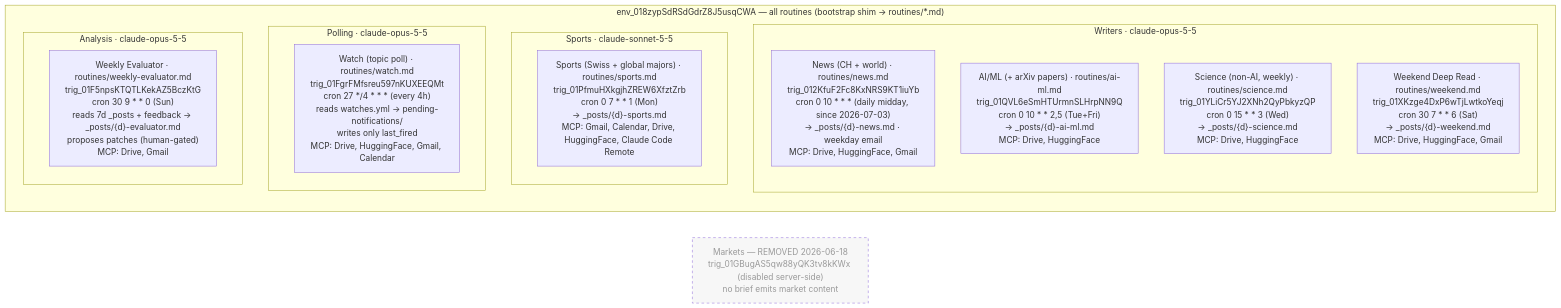
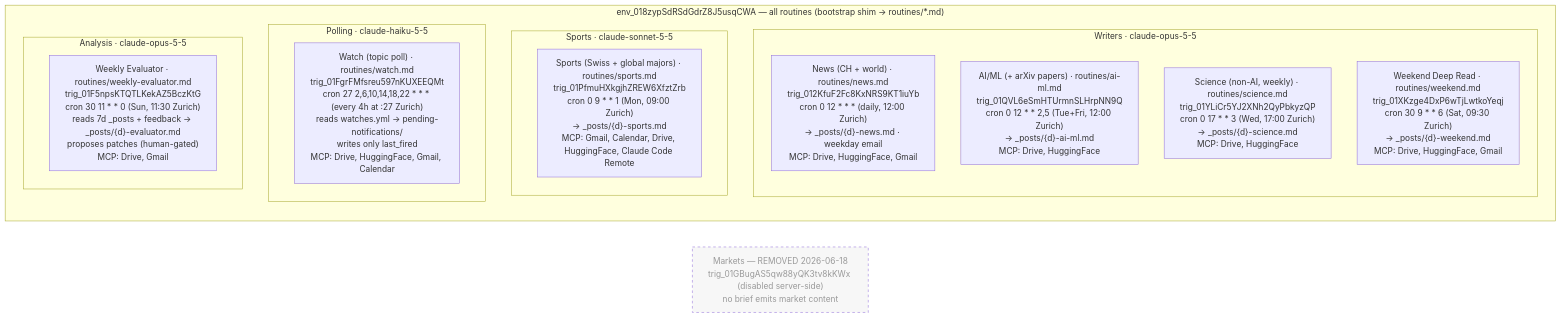
The diagram in diagrams/02-routines-and-schedules.md (khalic-lab/claude-routines), drawn with Mermaid before and after one commit. The commit also changed other lines of this file and 6 other files, not shown here.

First line of the commit message:
Watch on Claude Haiku 5.5; price table checked against the 2026-11-28 pricing page

````diff
--- a/diagrams/02-routines-and-schedules.md
+++ b/diagrams/02-routines-and-schedules.md
@@ -8,26 +9,26 @@
 ```mermaid
 flowchart LR
   subgraph env["env_018zypSdRSdGdrZ8J5usqCWA — all routines (bootstrap shim → routines/*.md)"]
     direction TB
     subgraph writers["Writers · claude-opus-5-5"]
       direction TB
-      NW["News (CH + world) · routines/news.md<br/>trig_012KfuF2Fc8KxNRS9KT1iuYb<br/>cron 0 10 * * * (daily midday, since 2026-07-03)<br/>→ _posts/{d}-news.md · weekday email<br/>MCP: Drive, HuggingFace, Gmail"]
-      AM["AI/ML (+ arXiv papers) · routines/ai-ml.md<br/>trig_01QVL6eSmHTUrmnSLHrpNN9Q<br/>cron 0 10 * * 2,5 (Tue+Fri)<br/>→ _posts/{d}-ai-ml.md<br/>MCP: Drive, HuggingFace"]
-      SC["Science (non-AI, weekly) · routines/science.md<br/>trig_01YLiCr5YJ2XNh2QyPbkyzQP<br/>cron 0 15 * * 3 (Wed)<br/>→ _posts/{d}-science.md<br/>MCP: Drive, HuggingFace"]
-      WK["Weekend Deep Read · routines/weekend.md<br/>trig_01XKzge4DxP6wTjLwtkoYeqj<br/>cron 30 7 * * 6 (Sat)<br/>→ _posts/{d}-weekend.md<br/>MCP: Drive, HuggingFace, Gmail"]
+      NW["News (CH + world) · routines/news.md<br/>trig_012KfuF2Fc8KxNRS9KT1iuYb<br/>cron 0 12 * * * (daily, 12:00 Zurich)<br/>→ _posts/{d}-news.md · weekday email<br/>MCP: Drive, HuggingFace, Gmail"]
+      AM["AI/ML (+ arXiv papers) · routines/ai-ml.md<br/>trig_01QVL6eSmHTUrmnSLHrpNN9Q<br/>cron 0 12 * * 2,5 (Tue+Fri, 12:00 Zurich)<br/>→ _posts/{d}-ai-ml.md<br/>MCP: Drive, HuggingFace"]
+      SC["Science (non-AI, weekly) · routines/science.md<br/>trig_01YLiCr5YJ2XNh2QyPbkyzQP<br/>cron 0 17 * * 3 (Wed, 17:00 Zurich)<br/>→ _posts/{d}-science.md<br/>MCP: Drive, HuggingFace"]
+      WK["Weekend Deep Read · routines/weekend.md<br/>trig_01XKzge4DxP6wTjLwtkoYeqj<br/>cron 30 9 * * 6 (Sat, 09:30 Zurich)<br/>→ _posts/{d}-weekend.md<br/>MCP: Drive, HuggingFace, Gmail"]
     end
     subgraph sports["Sports · claude-sonnet-5-5"]
-      SP["Sports (Swiss + global majors) · routines/sports.md<br/>trig_01PfmuHXkgjhZREW6XfztZrb<br/>cron 0 7 * * 1 (Mon)<br/>→ _posts/{d}-sports.md<br/>MCP: Gmail, Calendar, Drive, HuggingFace, Claude Code Remote"]
+      SP["Sports (Swiss + global majors) · routines/sports.md<br/>trig_01PfmuHXkgjhZREW6XfztZrb<br/>cron 0 9 * * 1 (Mon, 09:00 Zurich)<br/>→ _posts/{d}-sports.md<br/>MCP: Gmail, Calendar, Drive, HuggingFace, Claude Code Remote"]
     end
-    subgraph poll["Polling · claude-opus-5-5"]
-      WT["Watch (topic poll) · routines/watch.md<br/>trig_01FgrFMfsreu597nKUXEEQMt<br/>cron 27 */4 * * * (every 4h)<br/>reads watches.yml → pending-notifications/<br/>writes only last_fired<br/>MCP: Drive, HuggingFace, Gmail, Calendar"]
+    subgraph poll["Polling · claude-haiku-5-5"]
+      WT["Watch (topic poll) · routines/watch.md<br/>trig_01FgrFMfsreu597nKUXEEQMt<br/>cron 27 2,6,10,14,18,22 * * * (every 4h at :27 Zurich)<br/>reads watches.yml → pending-notifications/<br/>writes only last_fired<br/>MCP: Drive, HuggingFace, Gmail, Calendar"]
     end
     subgraph analysis["Analysis · claude-opus-5-5"]
-      WE["Weekly Evaluator · routines/weekly-evaluator.md<br/>trig_01F5npsKTQTLKekAZ5BczKtG<br/>cron 30 9 * * 0 (Sun)<br/>reads 7d _posts + feedback → _posts/{d}-evaluator.md<br/>proposes patches (human-gated)<br/>MCP: Drive, Gmail"]
+      WE["Weekly Evaluator · routines/weekly-evaluator.md<br/>trig_01F5npsKTQTLKekAZ5BczKtG<br/>cron 30 11 * * 0 (Sun, 11:30 Zurich)<br/>reads 7d _posts + feedback → _posts/{d}-evaluator.md<br/>proposes patches (human-gated)<br/>MCP: Drive, Gmail"]
     end
   end
 
   RM["Markets — REMOVED 2026-06-18<br/>trig_01GBugAS5qw88yQK3tv8kKWx (disabled server-side)<br/>no brief emits market content"]:::dead
 
   classDef dead stroke-dasharray:5 5,color:#999,fill:#f7f7f7;
 ```
````
